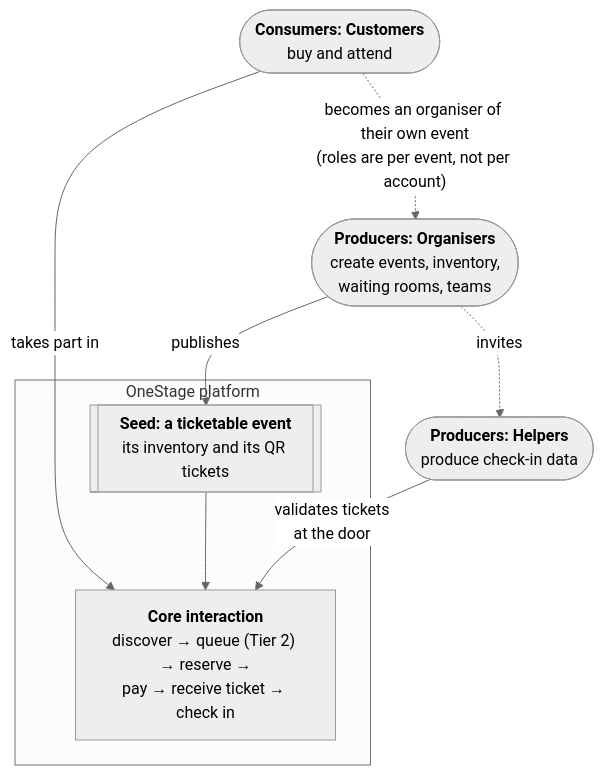
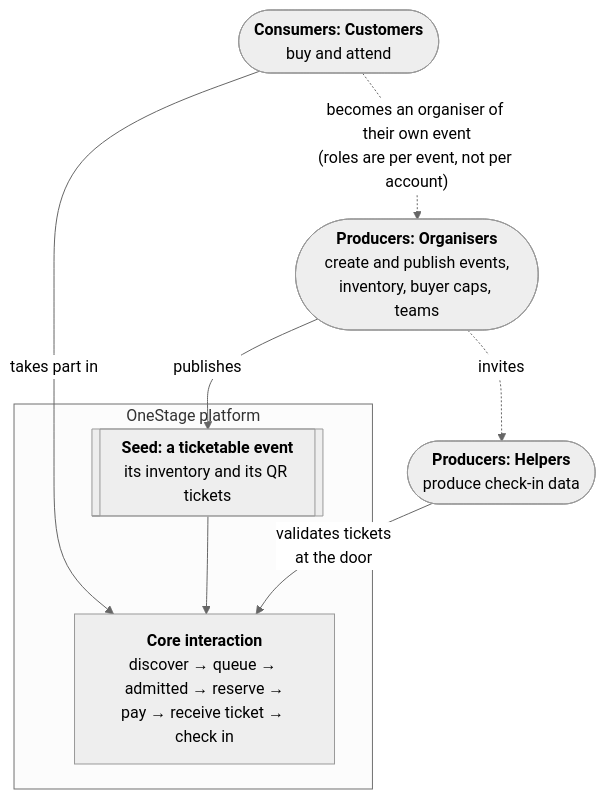
One commit to nus-mtech-grp1-sem2/docs changed the diagram in diagrams/src/04-platform-interactions.mmd. Above: the diagram before and after it, drawn with Mermaid (neutral theme). The commit also changed 37 other files, not shown here.

First line of the commit message:
docs: queue for every on-sale and the new buyer journey

```diff
--- a/diagrams/src/04-platform-interactions.mmd
+++ b/diagrams/src/04-platform-interactions.mmd
@@ -1,17 +1,17 @@
 %% Figure: Platform view. Seed, producers, consumers and core interactions.
 flowchart TB
-    ORG(["<b>Producers: Organisers</b><br/>create events, inventory,<br/>waiting rooms, teams"])
+    ORG(["<b>Producers: Organisers</b><br/>create and publish events,<br/>inventory, buyer caps, teams"])
     HLP(["<b>Producers: Helpers</b><br/>produce check-in data"])
     CUS(["<b>Consumers: Customers</b><br/>buy and attend"])
 
     subgraph Platform["OneStage platform"]
         SEED[["<b>Seed: a ticketable event</b><br/>its inventory and its QR tickets"]]
-        CORE["<b>Core interaction</b><br/>discover → queue (Tier 2) → reserve →<br/>pay → receive ticket → check in"]
+        CORE["<b>Core interaction</b><br/>discover → queue → admitted → reserve →<br/>pay → receive ticket → check in"]
         SEED --> CORE
     end
 
     ORG -->|publishes| SEED
     ORG -. invites .-> HLP
     HLP -->|"validates tickets<br/>at the door"| CORE
     CUS -->|takes part in| CORE
     CUS -. "becomes an organiser of their own event<br/>(roles are per event, not per account)" .-> ORG
```
